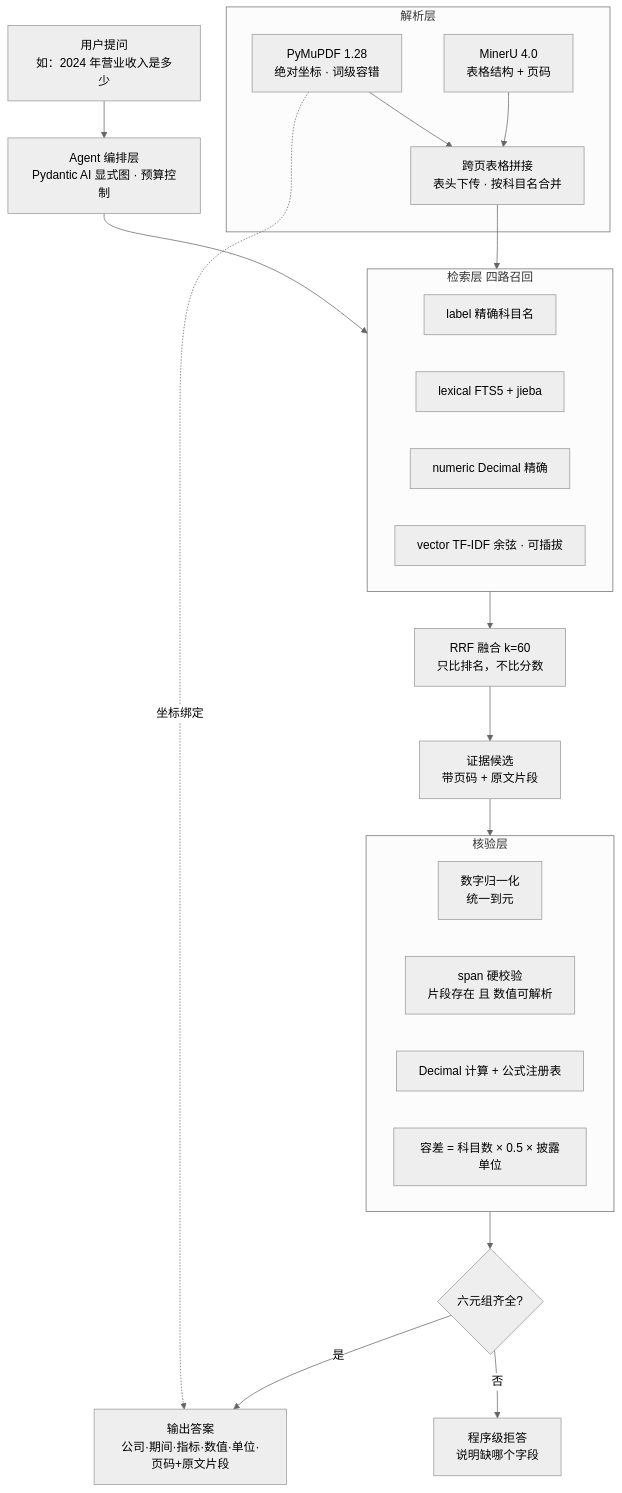
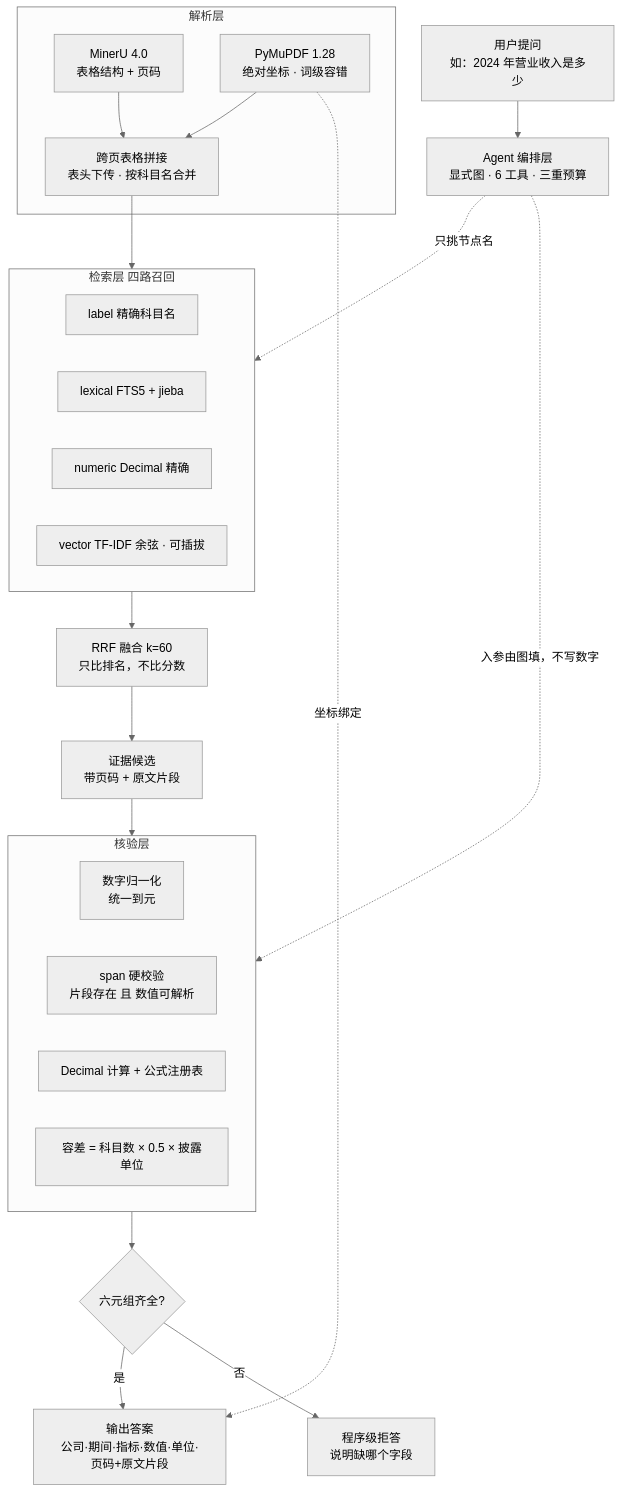
One commit to Zhshao11/VeriFin changed the diagram in README.md. Above: the diagram before and after it, drawn with Mermaid (neutral theme). The commit also changed other lines of this file and 12 other files, not shown here.

First line of the commit message:
feat: D3 Agent 编排 —— 显式图 + 6 工具 + 三重预算 + 执行轨迹入库

````diff
--- a/README.md
+++ b/README.md
@@ -239,33 +279,34 @@
 ```mermaid
 flowchart TD
-    Q["用户提问<br/>如：2024 年营业收入是多少"] --> AG["Agent 编排层<br/>Pydantic AI 显式图 · 预算控制"]
+    Q["用户提问<br/>如：2024 年营业收入是多少"] --> AG["Agent 编排层<br/>显式图 · 6 工具 · 三重预算"]
 
     subgraph PR["解析层"]
         M["MinerU 4.0<br/>表格结构 + 页码"] --> ST["跨页表格拼接<br/>表头下传 · 按科目名合并"]
         PM["PyMuPDF 1.28<br/>绝对坐标 · 词级容错"] --> ST
     end
 
     subgraph RT["检索层 四路召回"]
         L1["label 精确科目名"]
         L2["lexical FTS5 + jieba"]
         L3["numeric Decimal 精确"]
         L4["vector TF-IDF 余弦 · 可插拔"]
     end
 
     ST --> RT
-    AG --> RT
+    AG -.只挑节点名.-> RT
     RT --> RRF["RRF 融合 k=60<br/>只比排名，不比分数"] --> EV["证据候选<br/>带页码 + 原文片段"]
 
     subgraph VF["核验层"]
         V1["数字归一化<br/>统一到元"]
         V2["span 硬校验<br/>片段存在 且 数值可解析"]
         V3["Decimal 计算 + 公式注册表"]
         V4["容差 = 科目数 × 0.5 × 披露单位"]
     end
 
     EV --> VF
     VF --> CHK{"六元组齐全?"}
     CHK -- 是 --> OK["输出答案<br/>公司·期间·指标·数值·单位·页码+原文片段"]
     CHK -- 否 --> NO["程序级拒答<br/>说明缺哪个字段"]
     PM -.坐标绑定.-> OK
+    AG -.入参由图填，不写数字.-> VF
 ```
````
